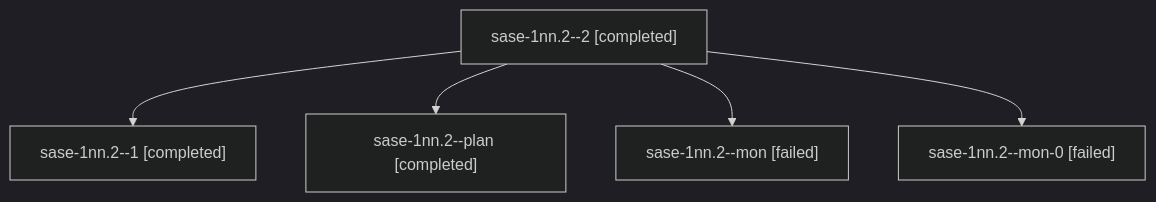
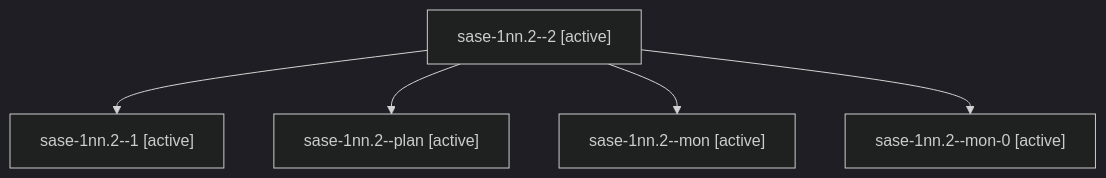
One commit to sase-org/sase--agents changed the diagram in sessions/bbugyi200.athena.sase-1nn.2.md. Above: the diagram before and after it, drawn with Mermaid (dark theme). The commit also changed other lines of this file and 144 other files, not shown here.

````diff
--- a/sessions/bbugyi200.athena.sase-1nn.2.md
+++ b/sessions/bbugyi200.athena.sase-1nn.2.md
@@ -9,12 +9,12 @@
 ```mermaid
 flowchart TD
-  n0["sase-1nn.2--2 [completed]"]
-  n1["sase-1nn.2--1 [completed]"]
+  n0["sase-1nn.2--2 [active]"]
+  n1["sase-1nn.2--1 [active]"]
   n0 --> n1
-  n2["sase-1nn.2--plan [completed]"]
+  n2["sase-1nn.2--plan [active]"]
   n0 --> n2
-  n3["sase-1nn.2--mon [failed]"]
+  n3["sase-1nn.2--mon [active]"]
   n0 --> n3
-  n4["sase-1nn.2--mon-0 [failed]"]
+  n4["sase-1nn.2--mon-0 [active]"]
   n0 --> n4
 ```
````
